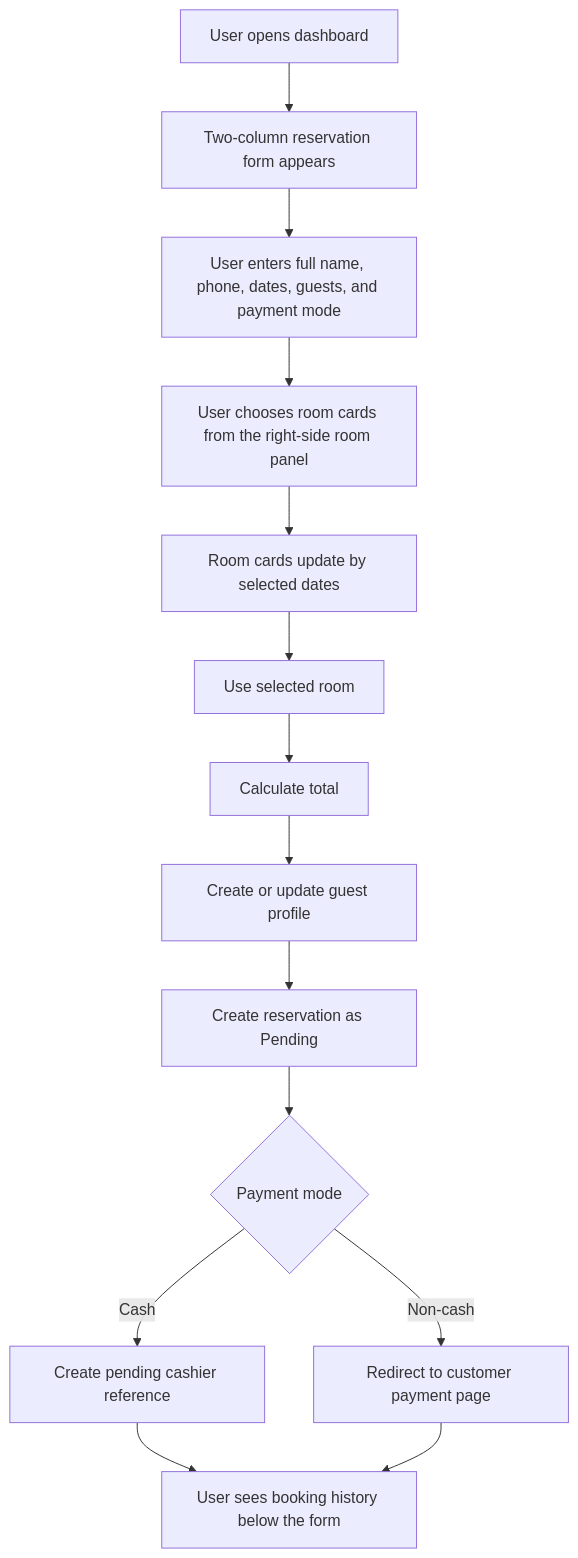
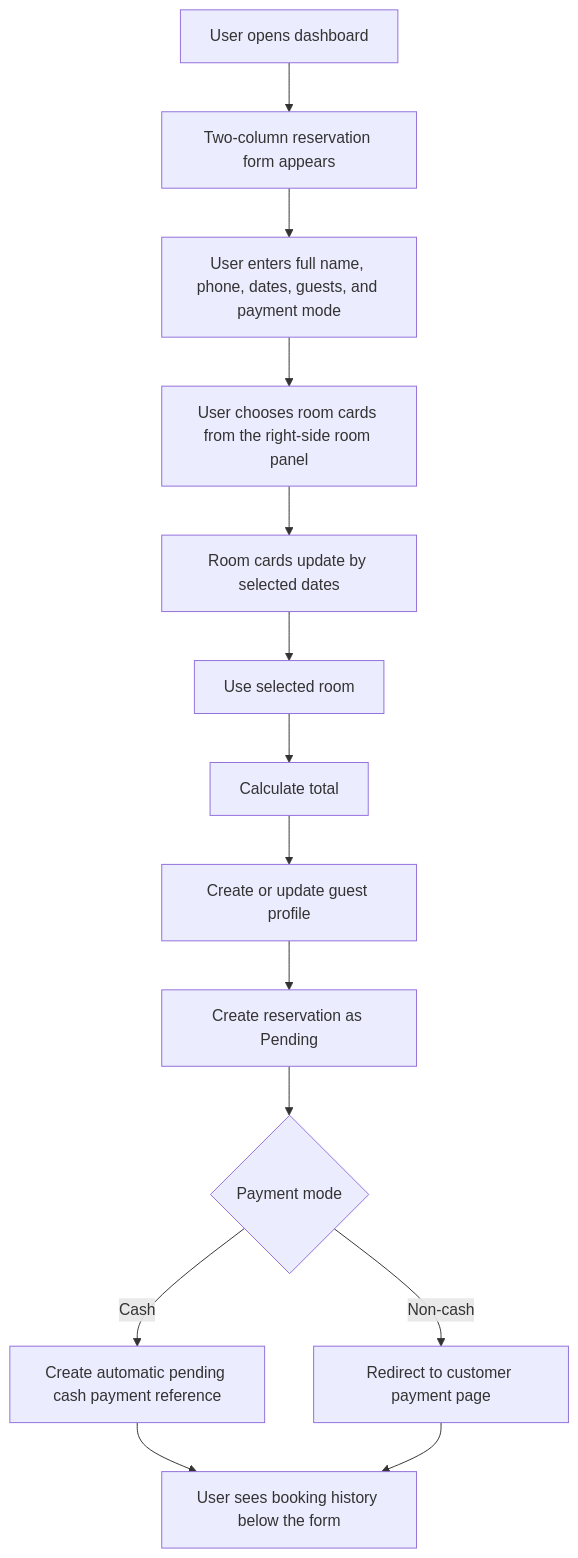
The sixth of 13 diagrams in docs/project-explanation-guide.md (WizardOfXerox/Emperor-Hotel), drawn with Mermaid before and after one commit. The commit also changed other lines of this file and 13 other files, not shown here.

Commit message:
Improve reservation actions and payment status flow

````diff
--- a/docs/project-explanation-guide.md
+++ b/docs/project-explanation-guide.md
@@ -523,16 +525,16 @@
 ```mermaid
 flowchart TD
     A[User opens dashboard] --> B[Two-column reservation form appears]
     B --> C[User enters full name, phone, dates, guests, and payment mode]
     C --> D[User chooses room cards from the right-side room panel]
     D --> D1[Room cards update by selected dates]
     D1 --> E[Use selected room]
     E --> H[Calculate total]
     H --> I[Create or update guest profile]
     I --> J[Create reservation as Pending]
     J --> K{Payment mode}
-    K -->|Cash| L[Create pending cashier reference]
+    K -->|Cash| L[Create automatic pending cash payment reference]
     K -->|Non-cash| M[Redirect to customer payment page]
     L --> N[User sees booking history below the form]
     M --> N
 ```
````
